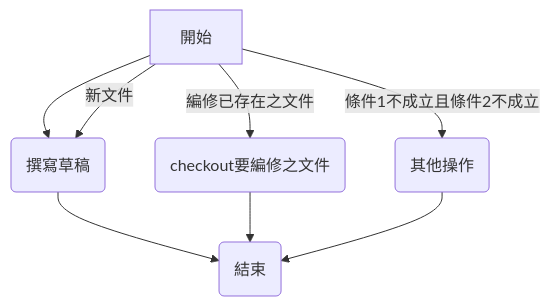
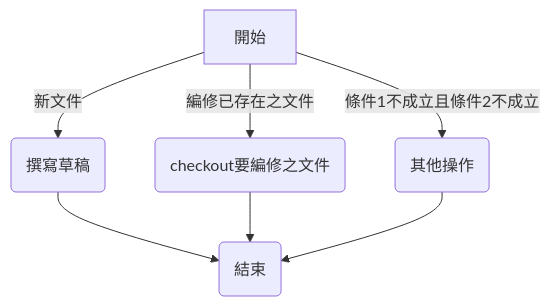
The second of 2 diagrams in uu.md (netlol/test22), drawn with Mermaid before and after one commit.

````diff
--- a/uu.md
+++ b/uu.md
@@ -8,11 +8,10 @@
 ```mermaid
 graph TD;
-  A[開始] --> B(操作1);
   A[開始] -->|新文件| B(撰寫草稿);
   A -->|編修已存在之文件| C(checkout要編修之文件);
   B --> D(結束);
   C --> D;
   A -->|條件1不成立且條件2不成立| E(其他操作);
   E --> D;
 
 ```
````
